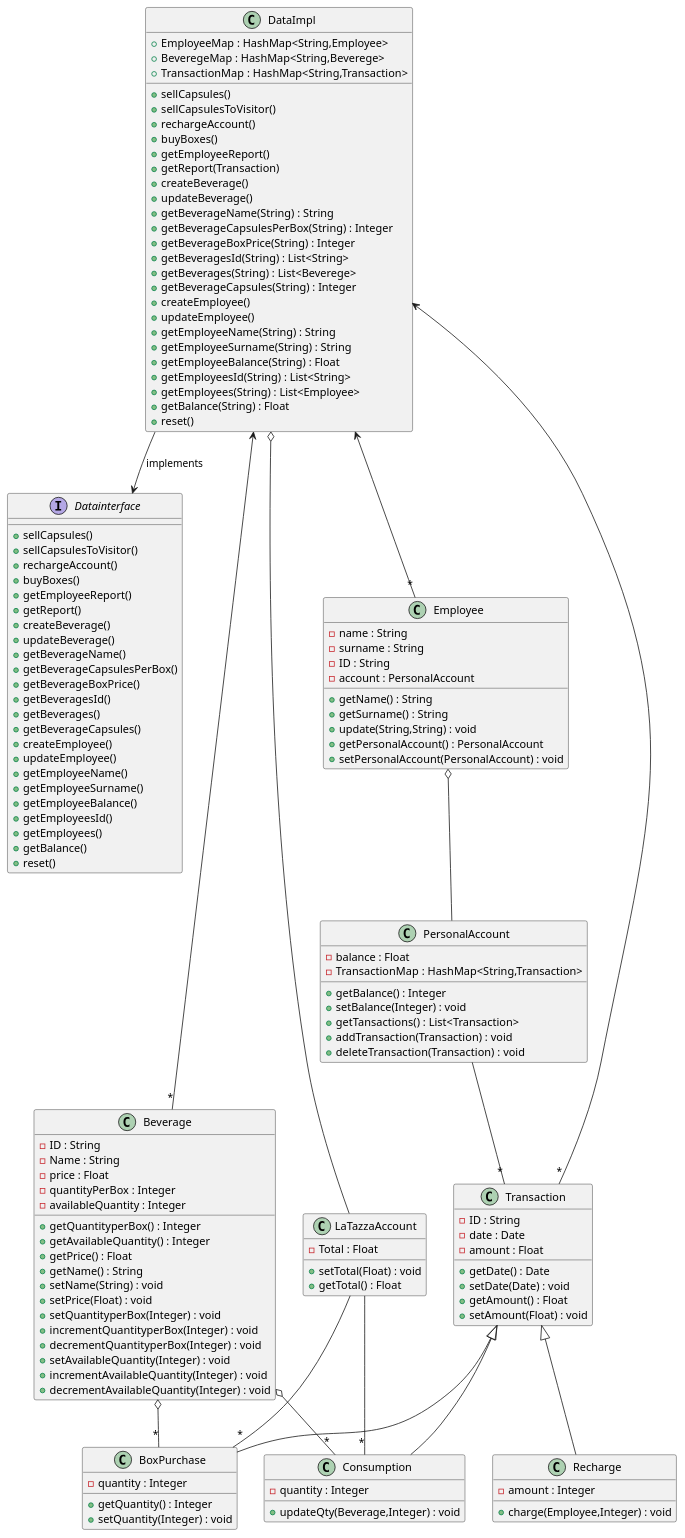
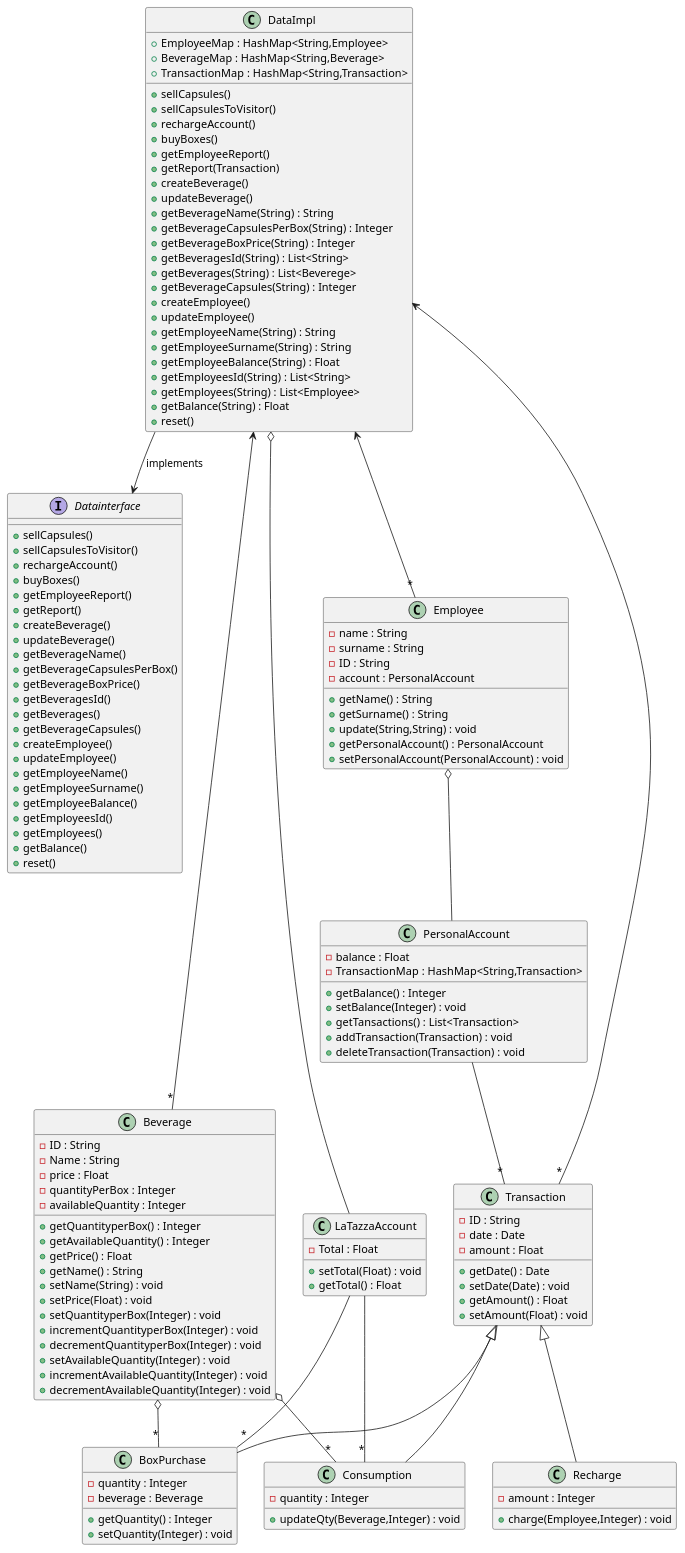
Before and after one commit to salvatore-dimartino/LaTazza: the third of 7 diagrams in templates/DesignDocumentTemplate.md, drawn with PlantUML.

```diff
--- a/templates/DesignDocumentTemplate.md
+++ b/templates/DesignDocumentTemplate.md
@@ -104,7 +104,7 @@
 class DataImpl {
 
     +EmployeeMap : HashMap<String,Employee>
-    +BeveregeMap : HashMap<String,Beverege>
+    +BeverageMap : HashMap<String,Beverage>
     +TransactionMap : HashMap<String,Transaction>
     
     +sellCapsules()
@@ -188,6 +188,7 @@
 
 class BoxPurchase {
     -quantity : Integer
+    -beverage : Beverage
     
     +getQuantity() : Integer
     +setQuantity(Integer) : void
```
